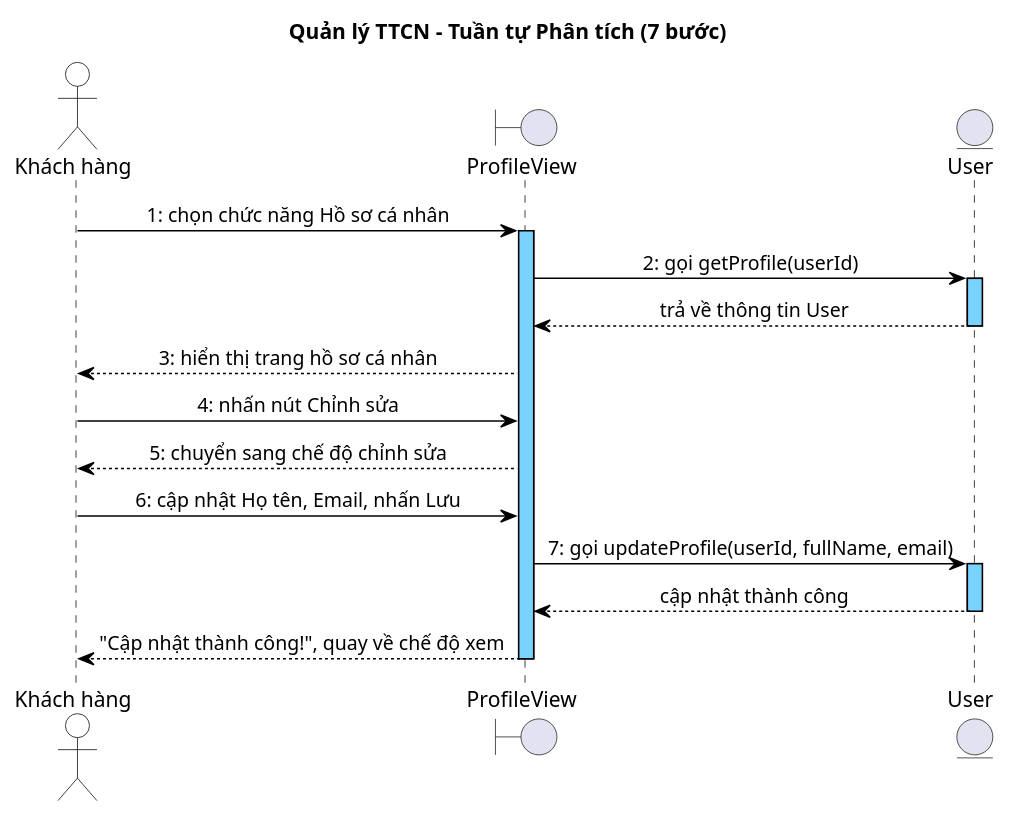
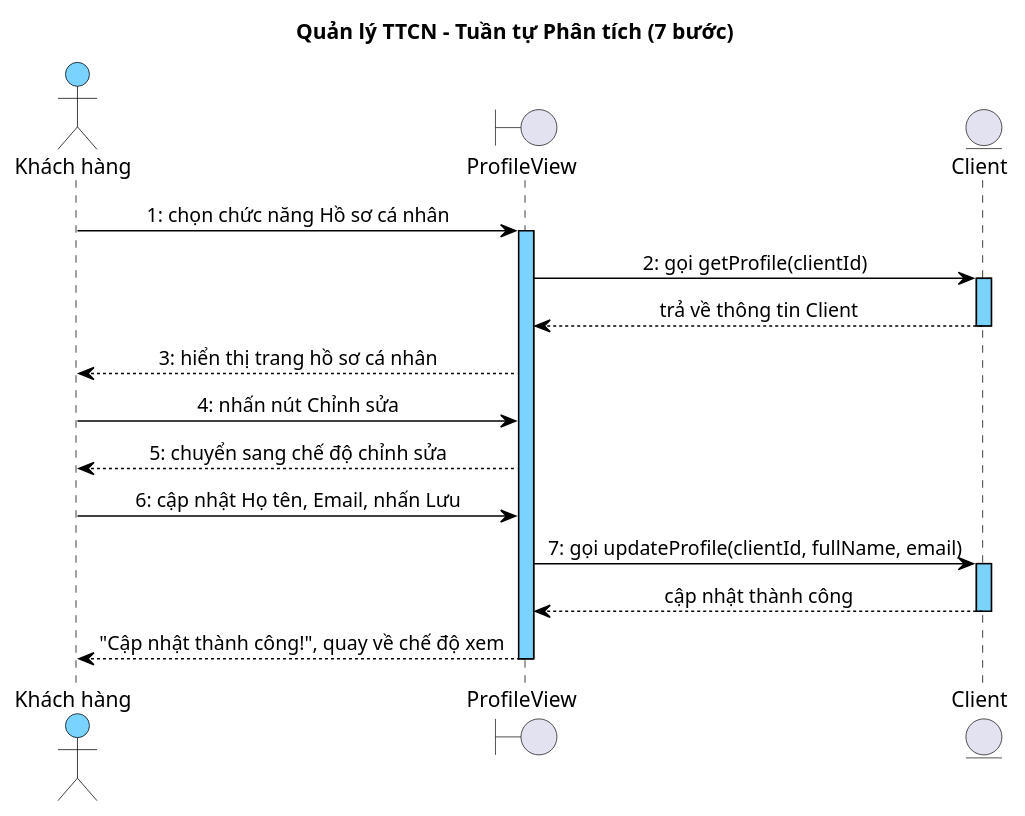
Before and after one commit to thanhtrnnn/cnpm: the sixth of 7 diagrams in docs/tabs/section-account-ii.md, drawn with PlantUML. The commit also changed other lines of this file and 15 other files, not shown here.

First line of the commit message:
fix: User→Client/Employee inheritance + HomeView + LoginView redirect

````diff
--- a/docs/tabs/section-account-ii.md
+++ b/docs/tabs/section-account-ii.md
@@ -544,46 +609,46 @@
 ```plantuml
 @startuml
 skinparam shadowing false
 skinparam SequenceMessageAlign left
 skinparam sequenceMessageAlign center
 skinparam sequenceArrowThickness 1
 skinparam sequenceLifeLineBorderColor #000000
 skinparam sequenceLifeLineBackgroundColor #7AD2FF
 skinparam sequenceParticipantBackgroundColor #7AD2FF
 skinparam sequenceParticipantBorderColor #000000
 skinparam sequenceParticipantFontColor #000000
 skinparam sequenceArrowColor #000000
 skinparam sequenceArrowFontColor #000000
 skinparam sequenceGroupBorderColor #000000
 skinparam sequenceGroupBackgroundColor #DDEEFF
 skinparam sequenceDividerBorderColor #000000
 skinparam sequenceDividerBackgroundColor #DDEEFF
 skinparam sequenceMessageFontColor #000000
 skinparam sequenceMessageFontSize 10
 skinparam sequenceActorBorderColor #000000
-skinparam sequenceActorBackgroundColor transparent
+skinparam sequenceActorBackgroundColor #7AD2FF
 skinparam sequenceActorFontColor #000000
 title Quản lý TTCN – Tuần tự Phân tích (7 bước)
 
 actor "Khách hàng" as Actor
 boundary ProfileView as B1
-entity User as E1
+entity Client as E1
 
 Actor -> B1 : 1: chọn chức năng Hồ sơ cá nhân
 activate B1
-B1 -> E1 : 2: gọi getProfile(userId)
+B1 -> E1 : 2: gọi getProfile(clientId)
 activate E1
-E1 --> B1 : trả về thông tin User
+E1 --> B1 : trả về thông tin Client
 deactivate E1
 B1 --> Actor : 3: hiển thị trang hồ sơ cá nhân
 Actor -> B1 : 4: nhấn nút Chỉnh sửa
 B1 --> Actor : 5: chuyển sang chế độ chỉnh sửa
 Actor -> B1 : 6: cập nhật Họ tên, Email, nhấn Lưu
-B1 -> E1 : 7: gọi updateProfile(userId, fullName, email)
+B1 -> E1 : 7: gọi updateProfile(clientId, fullName, email)
 activate E1
 E1 --> B1 : cập nhật thành công
 deactivate E1
 B1 --> Actor : "Cập nhật thành công!", quay về chế độ xem
 deactivate B1
 @enduml
 ```
````
